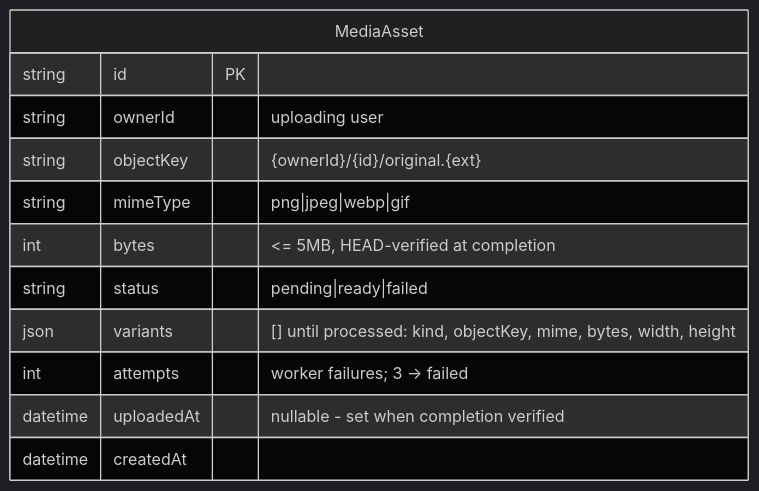
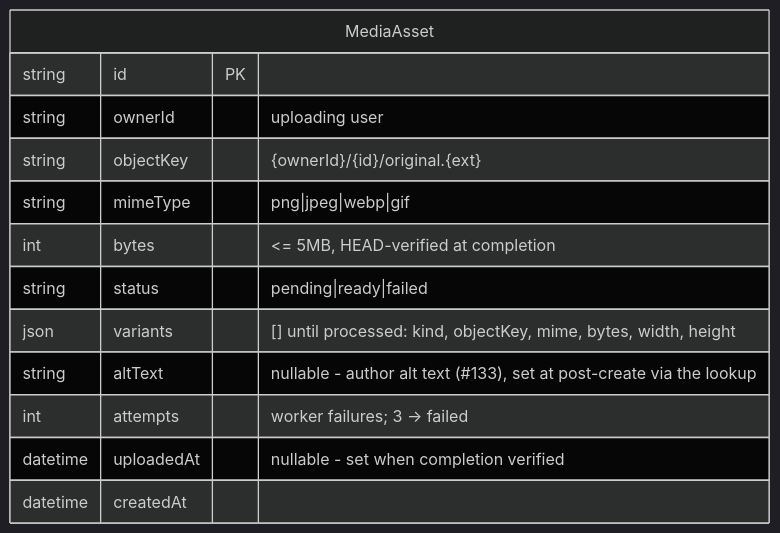
Before and after one commit to jdc-projects/xitter: the third of 5 diagrams in docs/specs/data/01-storage-model.md, drawn with Mermaid (dark theme). The commit also changed other lines of this file and 18 other files, not shown here.

````diff
--- a/docs/specs/data/01-storage-model.md
+++ b/docs/specs/data/01-storage-model.md
@@ -84,15 +84,16 @@
 ```mermaid
 erDiagram
     MediaAsset {
         string id PK
         string ownerId "uploading user"
         string objectKey "{ownerId}/{id}/original.{ext}"
         string mimeType "png|jpeg|webp|gif"
         int bytes "<= 5MB, HEAD-verified at completion"
         string status "pending|ready|failed"
         json variants "[] until processed: kind, objectKey, mime, bytes, width, height"
+        string altText "nullable - author alt text (#133), set at post-create via the lookup"
         int attempts "worker failures; 3 -> failed"
         datetime uploadedAt "nullable - set when completion verified"
         datetime createdAt
     }
 ```
````
